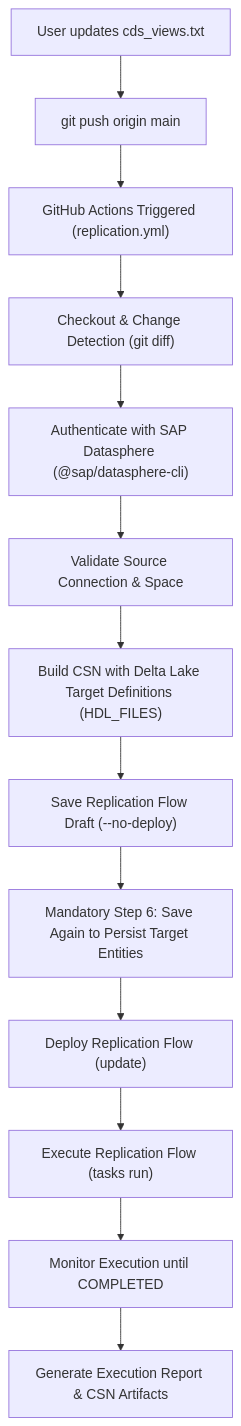
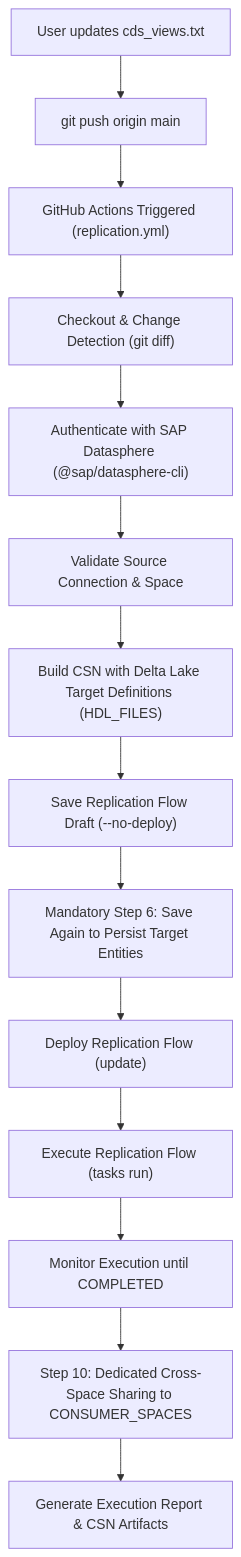
Before and after one commit to abtvenkat/GitDS-RF: the diagram in README.md, drawn with Mermaid. The commit also changed other lines of this file and 1 other file, not shown here.

````diff
--- a/README.md
+++ b/README.md
@@ -9,15 +9,16 @@
 ```mermaid
 flowchart TD
     A["User updates cds_views.txt"] --> B["git push origin main"]
     B --> C["GitHub Actions Triggered (replication.yml)"]
     C --> D["Checkout & Change Detection (git diff)"]
     D --> E["Authenticate with SAP Datasphere (@sap/datasphere-cli)"]
     E --> F["Validate Source Connection & Space"]
     F --> G["Build CSN with Delta Lake Target Definitions (HDL_FILES)"]
     G --> H["Save Replication Flow Draft (--no-deploy)"]
     H --> I["Mandatory Step 6: Save Again to Persist Target Entities"]
     I --> J["Deploy Replication Flow (update)"]
     J --> K["Execute Replication Flow (tasks run)"]
     K --> L["Monitor Execution until COMPLETED"]
-    L --> M["Generate Execution Report & CSN Artifacts"]
+    L --> M["Step 10: Dedicated Cross-Space Sharing to CONSUMER_SPACES"]
+    M --> N["Generate Execution Report & CSN Artifacts"]
 ```
````
